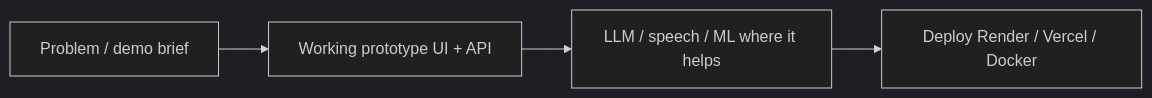
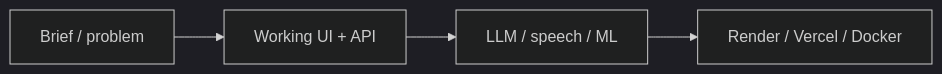
Before and after one commit to HamzaSattar9822/HamzaSattar9822: the diagram in README.md, drawn with Mermaid (dark theme). The commit also changed other lines of this file, not shown here.

````diff
--- a/README.md
+++ b/README.md
@@ -29,9 +41,9 @@
 ```mermaid
 flowchart LR
-  Idea["Problem / demo brief"]
-  Proto["Working prototype UI + API"]
-  AI["LLM / speech / ML where it helps"]
-  Ship["Deploy Render / Vercel / Docker"]
+  Brief["Brief / problem"]
+  Proto["Working UI + API"]
+  AI["LLM / speech / ML"]
+  Deploy["Render / Vercel / Docker"]
 
-  Idea --> Proto --> AI --> Ship
+  Brief --> Proto --> AI --> Deploy
 ```
````
